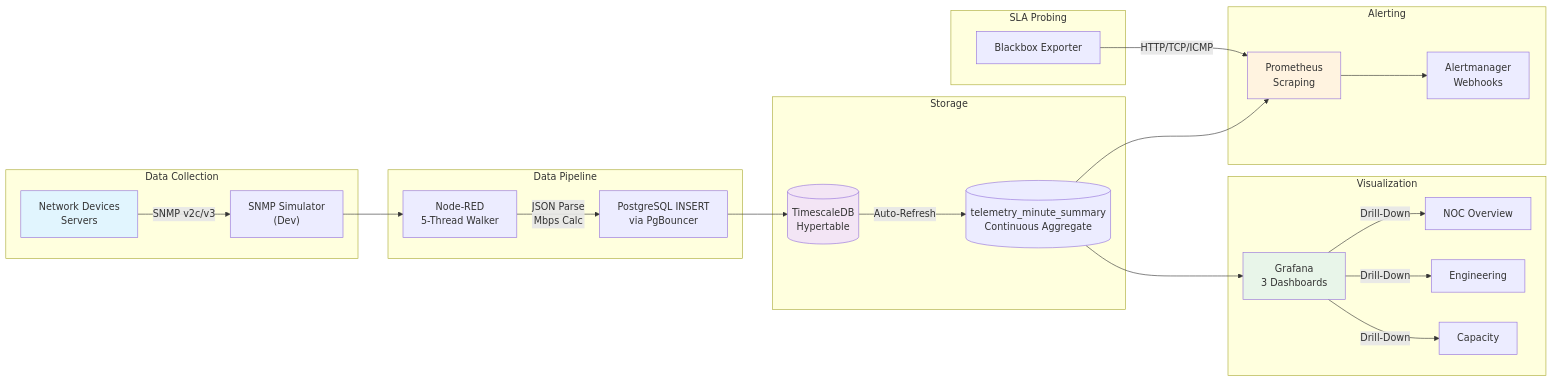
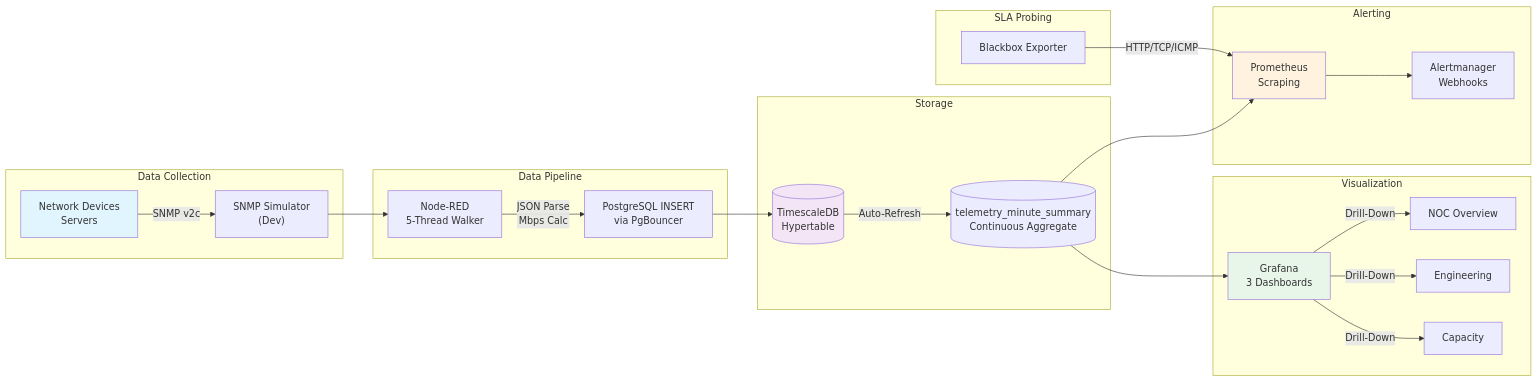
The diagram in README.md (PATTANAKORN025/IMS), drawn with Mermaid before and after one commit. The commit also changed other lines of this file and 11 other files, not shown here.

````diff
--- a/README.md
+++ b/README.md
@@ -62,37 +62,37 @@
 ```mermaid
 graph LR
     subgraph "Data Collection"
-        A["Network Devices<br/>Servers"] -->|SNMP v2c/v3| B["SNMP Simulator<br/>(Dev)"]
+        A["Network Devices<br/>Servers"] -->|SNMP v2c| B["SNMP Simulator<br/>(Dev)"]
     end
 
     subgraph "Data Pipeline"
         B --> C["Node-RED<br/>5-Thread Walker"]
         C -->|JSON Parse<br/>Mbps Calc| D["PostgreSQL INSERT<br/>via PgBouncer"]
     end
 
     subgraph "Storage"
         D --> E[("TimescaleDB<br/>Hypertable")]
         E -->|Auto-Refresh| F[("telemetry_minute_summary<br/>Continuous Aggregate")]
     end
 
     subgraph "Visualization"
         F --> G["Grafana<br/>3 Dashboards"]
         G -->|Drill-Down| G1[NOC Overview]
         G -->|Drill-Down| G2[Engineering]
         G -->|Drill-Down| G3[Capacity]
     end
 
     subgraph "Alerting"
         F --> H["Prometheus<br/>Scraping"]
         H --> I["Alertmanager<br/>Webhooks"]
     end
 
     subgraph "SLA Probing"
         J["Blackbox Exporter"] -->|HTTP/TCP/ICMP| H
     end
 
     style A fill:#e1f5fe
     style E fill:#f3e5f5
     style G fill:#e8f5e9
     style H fill:#fff3e0
 ```
````
